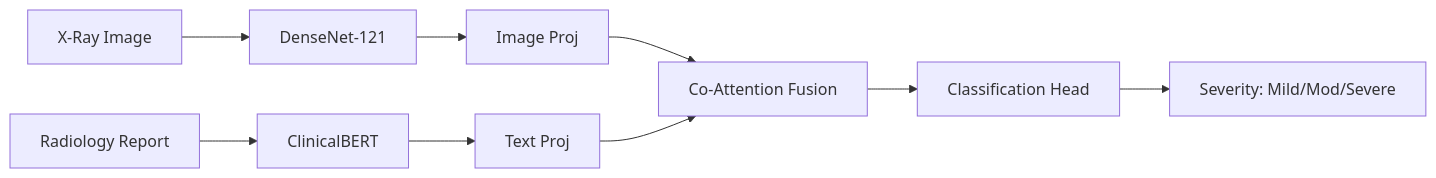
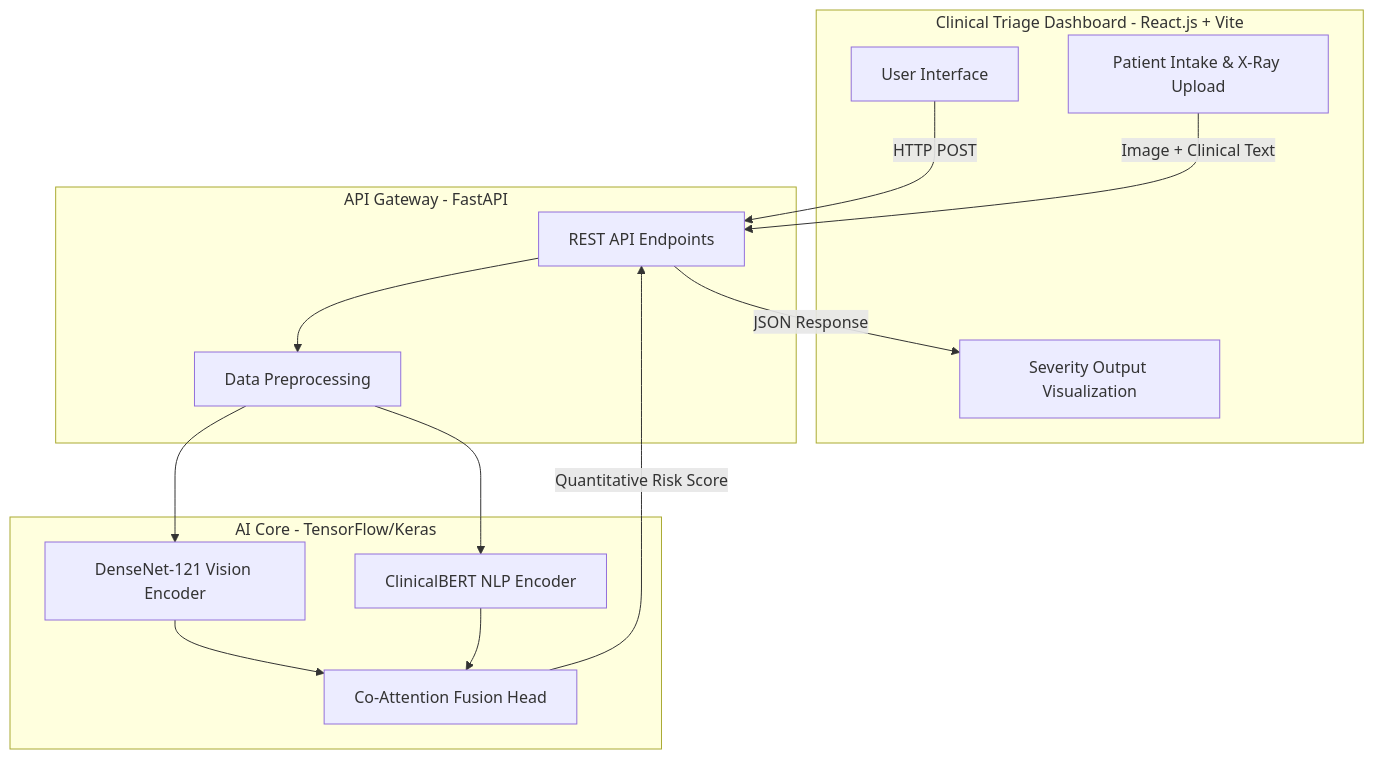
One commit to higgsboson1710/CXR-MultiQuant. changed the diagram in README.md. Above: the diagram before and after it, drawn with Mermaid. The commit also changed other lines of this file, not shown here.

````diff
--- a/README.md
+++ b/README.md
@@ -24,10 +18,29 @@
 ```mermaid
-flowchart LR
-    IMG[X-Ray Image] --> DENSE[DenseNet-121] --> PROJ_I[Image Proj]
-    TXT[Radiology Report] --> BERT[ClinicalBERT] --> PROJ_T[Text Proj]
-    
-    PROJ_I --> COATTN[Co-Attention Fusion]
-    PROJ_T --> COATTN
-    
-    COATTN --> CLF[Classification Head] --> OUT[Severity: Mild/Mod/Severe]
+flowchart TD
+    subgraph Frontend [Clinical Triage Dashboard - React.js + Vite]
+        UI[User Interface]
+        IN[Patient Intake & X-Ray Upload]
+        OUT[Severity Output Visualization]
+    end
+
+    subgraph Backend [API Gateway - FastAPI]
+        API[REST API Endpoints]
+        PRE[Data Preprocessing]
+    end
+
+    subgraph ML_Engine [AI Core - TensorFlow/Keras]
+        DENSE[DenseNet-121 Vision Encoder]
+        BERT[ClinicalBERT NLP Encoder]
+        FUSE[Co-Attention Fusion Head]
+    end
+
+    UI -->|HTTP POST| API
+    IN -->|Image + Clinical Text| API
+    API --> PRE
+    PRE --> DENSE
+    PRE --> BERT
+    DENSE --> FUSE
+    BERT --> FUSE
+    FUSE -->|Quantitative Risk Score| API
+    API -->|JSON Response| OUT
 ```
````
